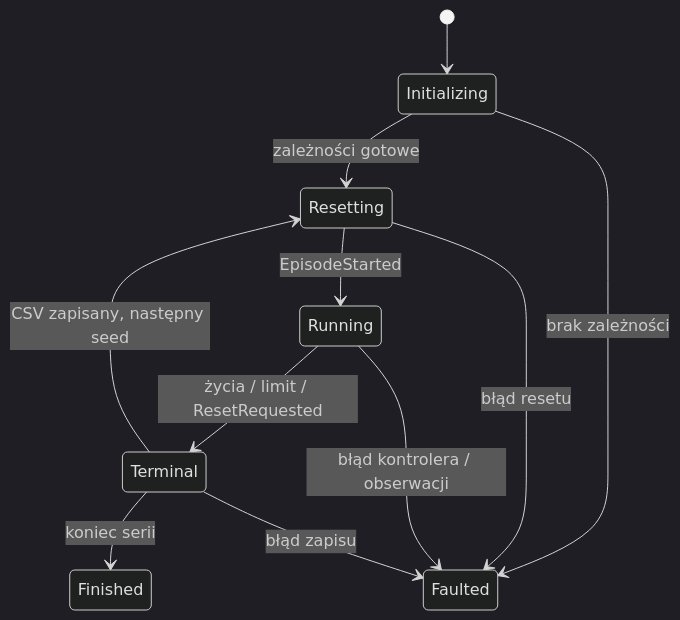
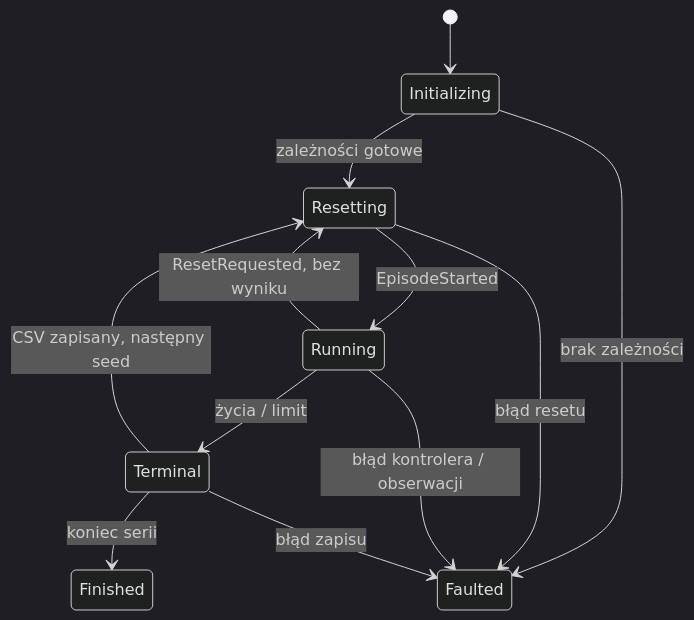
One commit to pfrackowiak01/Turbo_Dash_2 changed the diagram in docs/ML_RESEARCH_ENVIRONMENT.md. Above: the diagram before and after it, drawn with Mermaid (dark theme). The commit also changed other lines of this file and 27 other files, not shown here.

````diff
--- a/docs/ML_RESEARCH_ENVIRONMENT.md
+++ b/docs/ML_RESEARCH_ENVIRONMENT.md
@@ -47,13 +47,14 @@
 ```mermaid
 stateDiagram-v2
     [*] --> Initializing
     Initializing --> Resetting: zależności gotowe
     Resetting --> Running: EpisodeStarted
-    Running --> Terminal: życia / limit / ResetRequested
+    Running --> Terminal: życia / limit
+    Running --> Resetting: ResetRequested, bez wyniku
     Terminal --> Resetting: CSV zapisany, następny seed
     Terminal --> Finished: koniec serii
     Initializing --> Faulted: brak zależności
     Resetting --> Faulted: błąd resetu
     Running --> Faulted: błąd kontrolera / obserwacji
     Terminal --> Faulted: błąd zapisu
 ```
````
